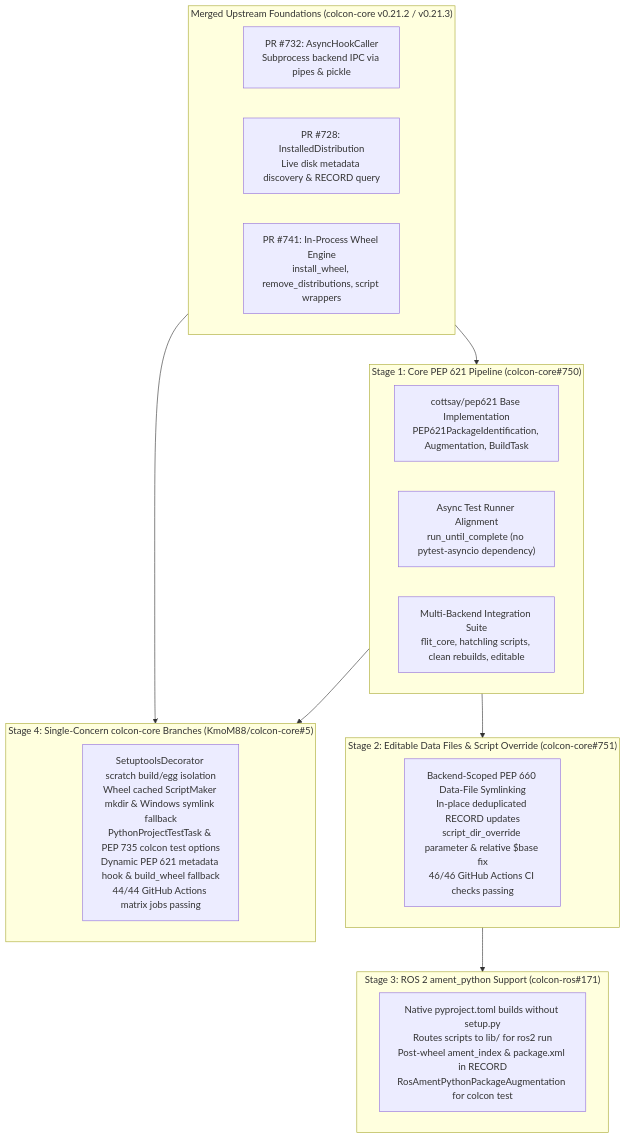
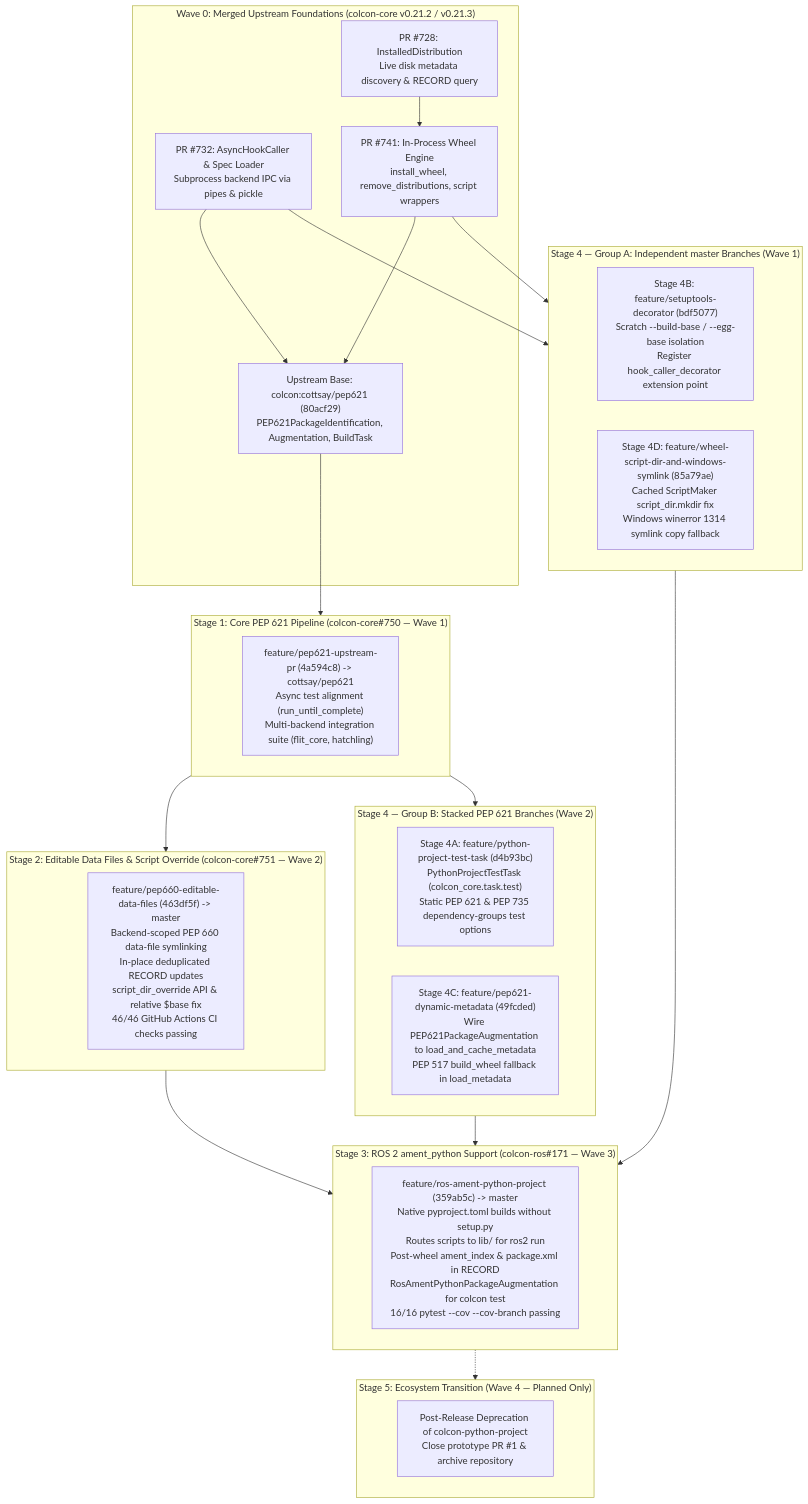
The diagram in docs/proposals/pep621_pep660_upstream_proposal.md (KmoM88/colcon-roadmap), drawn with Mermaid before and after one commit. The commit also changed other lines of this file and 2 other files, not shown here.

Commit message:
Update Gist to focus strictly on staged standard-build adoption while preserving Docker PoC in local docs

````diff
--- a/docs/proposals/pep621_pep660_upstream_proposal.md
+++ b/docs/proposals/pep621_pep660_upstream_proposal.md
@@ -13,32 +13,48 @@
 ```mermaid
-graph TD
-    subgraph Merged["Merged Upstream Foundations (colcon-core v0.21.2 / v0.21.3)"]
-        M1["PR #732: AsyncHookCaller<br/>Subprocess backend IPC via pipes & pickle"]
+flowchart TD
+    subgraph W0["Wave 0: Merged Upstream Foundations (colcon-core v0.21.2 / v0.21.3)"]
+        M1["PR #732: AsyncHookCaller & Spec Loader<br/>Subprocess backend IPC via pipes & pickle"]
         M2["PR #728: InstalledDistribution<br/>Live disk metadata discovery & RECORD query"]
         M3["PR #741: In-Process Wheel Engine<br/>install_wheel, remove_distributions, script wrappers"]
+        B621["Upstream Base: colcon:cottsay/pep621 (80acf29)<br/>PEP621PackageIdentification, Augmentation, BuildTask"]
+        M2 --> M3
+        M1 --> B621
+        M3 --> B621
     end
 
-    subgraph Stage1["Stage 1: Core PEP 621 Pipeline (colcon-core#750)"]
-        S1A["cottsay/pep621 Base Implementation<br/>PEP621PackageIdentification, Augmentation, BuildTask"]
-        S1B["Async Test Runner Alignment<br/>run_until_complete (no pytest-asyncio dependency)"]
-        S1C["Multi-Backend Integration Suite<br/>flit_core, hatchling scripts, clean rebuilds, editable"]
+    subgraph S1["Stage 1: Core PEP 621 Pipeline (colcon-core#750 — Wave 1)"]
+        S1A["feature/pep621-upstream-pr (4a594c8) -> cottsay/pep621<br/>Async test alignment (run_until_complete)<br/>Multi-backend integration suite (flit_core, hatchling)"]
     end
 
-    subgraph Stage2["Stage 2: Editable Data Files & Script Override (colcon-core#751)"]
-        S2["Backend-Scoped PEP 660 Data-File Symlinking<br/>In-place deduplicated RECORD updates<br/>script_dir_override parameter & relative $base fix<br/>46/46 GitHub Actions CI checks passing"]
+    subgraph S4A_GRP["Stage 4 — Group A: Independent master Branches (Wave 1)"]
+        G4B["Stage 4B: feature/setuptools-decorator (bdf5077)<br/>Scratch --build-base / --egg-base isolation<br/>Register hook_caller_decorator extension point"]
+        G4D["Stage 4D: feature/wheel-script-dir-and-windows-symlink (85a79ae)<br/>Cached ScriptMaker script_dir.mkdir fix<br/>Windows winerror 1314 symlink copy fallback"]
     end
 
-    subgraph Stage3["Stage 3: ROS 2 ament_python Support (colcon-ros#171)"]
-        S3["Native pyproject.toml builds without setup.py<br/>Routes scripts to lib/<pkg> for ros2 run<br/>Post-wheel ament_index & package.xml in RECORD<br/>RosAmentPythonPackageAugmentation for colcon test"]
+    subgraph S2["Stage 2: Editable Data Files & Script Override (colcon-core#751 — Wave 2)"]
+        S2A["feature/pep660-editable-data-files (463df5f) -> master<br/>Backend-scoped PEP 660 data-file symlinking<br/>In-place deduplicated RECORD updates<br/>script_dir_override API & relative $base fix<br/>46/46 GitHub Actions CI checks passing"]
     end
 
-    subgraph Stage4["Stage 4: Single-Concern colcon-core Branches (KmoM88/colcon-core#5)"]
-        S4["SetuptoolsDecorator scratch build/egg isolation<br/>Wheel cached ScriptMaker mkdir & Windows symlink fallback<br/>PythonProjectTestTask & PEP 735 colcon test options<br/>Dynamic PEP 621 metadata hook & build_wheel fallback<br/>44/44 GitHub Actions matrix jobs passing"]
+    subgraph S4B_GRP["Stage 4 — Group B: Stacked PEP 621 Branches (Wave 2)"]
+        G4A["Stage 4A: feature/python-project-test-task (d4b93bc)<br/>PythonProjectTestTask (colcon_core.task.test)<br/>Static PEP 621 & PEP 735 dependency-groups test options"]
+        G4C["Stage 4C: feature/pep621-dynamic-metadata (49fcded)<br/>Wire PEP621PackageAugmentation to load_and_cache_metadata<br/>PEP 517 build_wheel fallback in load_metadata"]
     end
 
-    Merged --> Stage1
-    Merged --> Stage4
-    Stage1 --> Stage2
-    Stage1 --> Stage4
-    Stage2 --> Stage3
+    subgraph S3["Stage 3: ROS 2 ament_python Support (colcon-ros#171 — Wave 3)"]
+        S3A["feature/ros-ament-python-project (359ab5c) -> master<br/>Native pyproject.toml builds without setup.py<br/>Routes scripts to lib/<pkg> for ros2 run<br/>Post-wheel ament_index & package.xml in RECORD<br/>RosAmentPythonPackageAugmentation for colcon test<br/>16/16 pytest --cov --cov-branch passing"]
+    end
+
+    subgraph S5["Stage 5: Ecosystem Transition (Wave 4 — Planned Only)"]
+        S5A["Post-Release Deprecation of colcon-python-project<br/>Close prototype PR #1 & archive repository"]
+    end
+
+    B621 --> S1
+    M1 --> S4A_GRP
+    M3 --> S4A_GRP
+    S1 --> S2
+    S1 --> S4B_GRP
+    S2 --> S3
+    S4A_GRP --> S3
+    S4B_GRP --> S3
+    S3 -.-> S5
 ```
````
